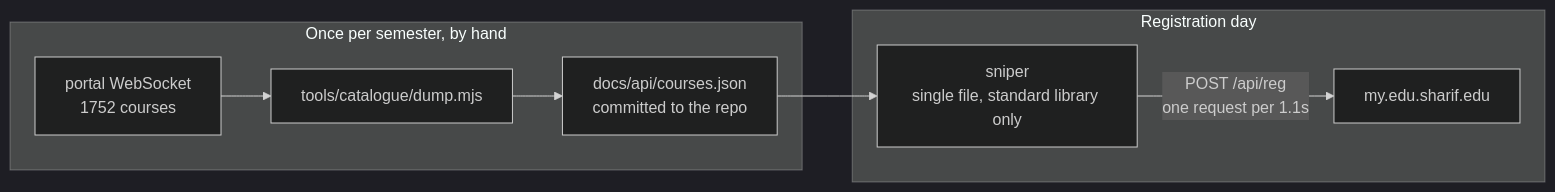
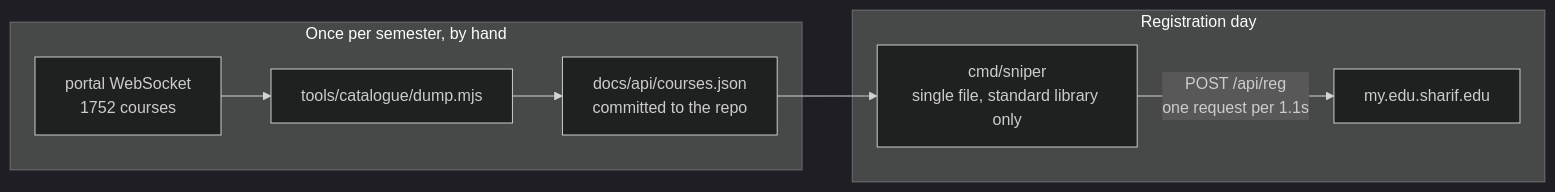
Before and after one commit to erfnzdeh/my.edu.sharif.edu-sniper: the first of 3 diagrams in README.md, drawn with Mermaid (dark theme). The commit also changed other lines of this file and 2 other files, not shown here.

First line of the commit message:
Rename the module after the repository and move the command to cmd/sniper

````diff
--- a/README.md
+++ b/README.md
@@ -40,12 +46,12 @@
 ```mermaid
 flowchart LR
     subgraph SEM["Once per semester, by hand"]
         WS["portal WebSocket<br/>1752 courses"] --> DUMP["tools/catalogue/dump.mjs"]
         DUMP --> JSON["docs/api/courses.json<br/>committed to the repo"]
     end
     JSON --> SNIPE
     subgraph DAY["Registration day"]
-        SNIPE["sniper<br/>single file, standard library only"]
+        SNIPE["cmd/sniper<br/>single file, standard library only"]
         SNIPE -->|"POST /api/reg<br/>one request per 1.1s"| API["my.edu.sharif.edu"]
     end
 ```
````
